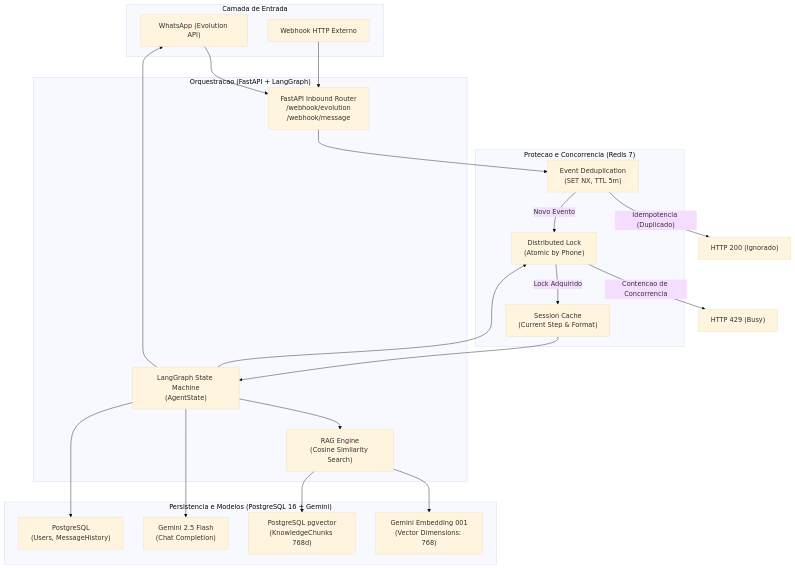
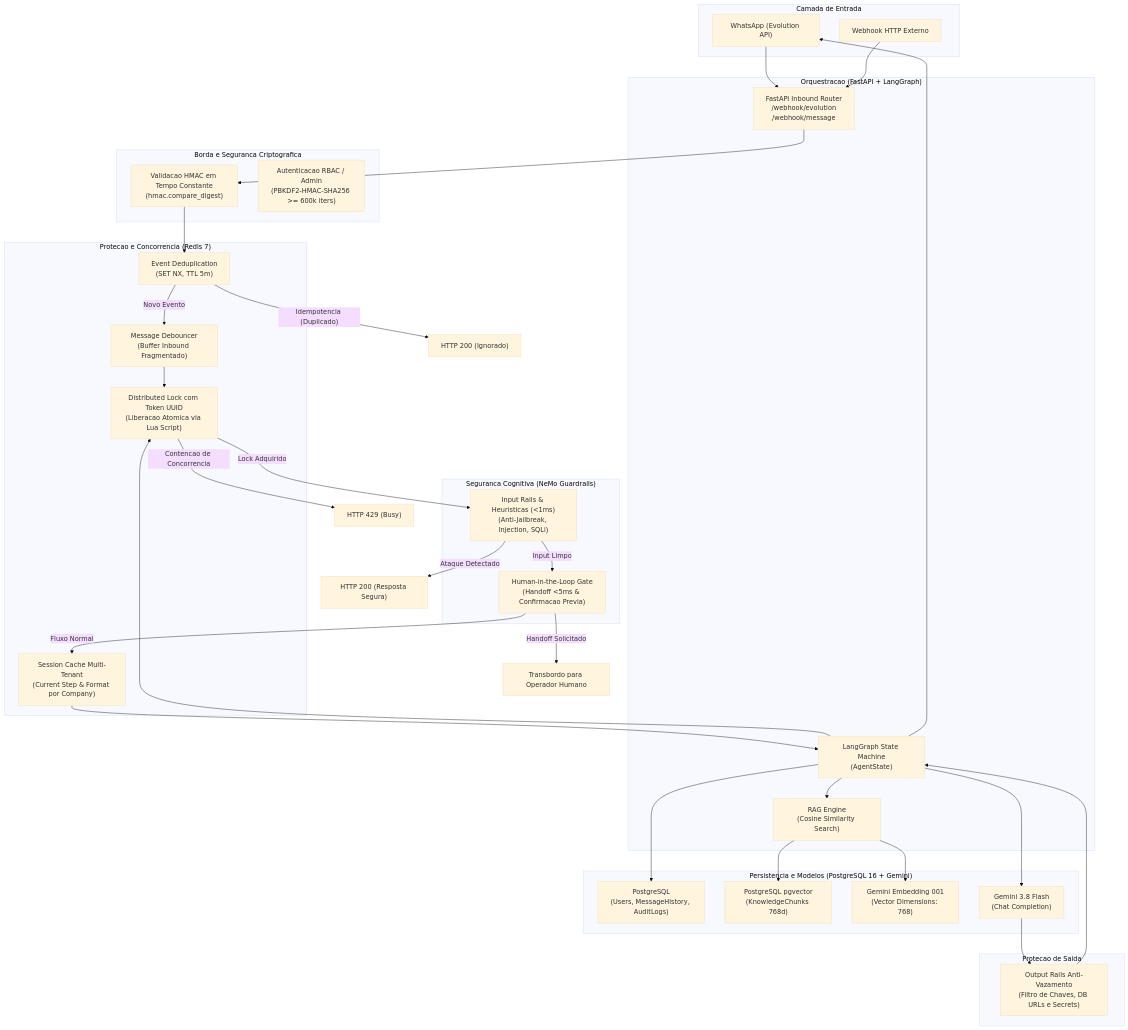
Before and after one commit to augdev1/langchain-copy_chat: the first of 2 diagrams in README.md, drawn with Mermaid (base theme). The commit also changed other lines of this file and 27 other files, not shown here.

Commit message:
feat: implementar arquitetura de seguranca defensiva, guardrails, HITL e hardening de producao

````diff
--- a/README.md
+++ b/README.md
@@ -11,42 +11,65 @@
 ```mermaid
 flowchart TD
     subgraph Client ["Camada de Entrada"]
         WA["WhatsApp (Evolution API)"]
         HTTP["Webhook HTTP Externo"]
     end
 
+    subgraph SecurityEdge ["Borda e Seguranca Criptografica"]
+        HMAC_VERIFY["Validacao HMAC em Tempo Constante\n(hmac.compare_digest)"]
+        RBAC_ADMIN["Autenticacao RBAC / Admin\n(PBKDF2-HMAC-SHA256 >= 600k iters)"]
+    end
+
     subgraph Gateway ["Protecao e Concorrencia (Redis 7)"]
         DEDUP["Event Deduplication\n(SET NX, TTL 5m)"]
-        LOCK["Distributed Lock\n(Atomic by Phone)"]
-        CACHE["Session Cache\n(Current Step & Format)"]
+        DEBOUNCE["Message Debouncer\n(Buffer Inbound Fragmentado)"]
+        LOCK["Distributed Lock com Token UUID\n(Liberacao Atomica via Lua Script)"]
+        CACHE["Session Cache Multi-Tenant\n(Current Step & Format por Company)"]
+    end
+
+    subgraph CognitiveSecurity ["Seguranca Cognitiva (NeMo Guardrails)"]
+        INPUT_RAILS["Input Rails & Heuristicas (<1ms)\n(Anti-Jailbreak, Injection, SQLi)"]
+        HITL_GATE["Human-in-the-Loop Gate\n(Handoff <5ms & Confirmacao Previa)"]
     end
 
     subgraph Core ["Orquestracao (FastAPI + LangGraph)"]
         API["FastAPI Inbound Router\n/webhook/evolution\n/webhook/message"]
         GRAPH["LangGraph State Machine\n(AgentState)"]
         RAG["RAG Engine\n(Cosine Similarity Search)"]
     end
 
+    subgraph OutputSecurity ["Protecao de Saida"]
+        OUTPUT_RAILS["Output Rails Anti-Vazamento\n(Filtro de Chaves, DB URLs e Secrets)"]
+    end
+
     subgraph Storage ["Persistencia e Modelos (PostgreSQL 16 + Gemini)"]
-        PG_DB["PostgreSQL\n(Users, MessageHistory)"]
+        PG_DB["PostgreSQL\n(Users, MessageHistory, AuditLogs)"]
         PG_VEC["PostgreSQL pgvector\n(KnowledgeChunks 768d)"]
         GEMINI_EMBED["Gemini Embedding 001\n(Vector Dimensions: 768)"]
-        GEMINI_LLM["Gemini 2.5 Flash\n(Chat Completion)"]
+        GEMINI_LLM["Gemini 3.8 Flash\n(Chat Completion)"]
     end
 
     WA --> API
     HTTP --> API
-    API --> DEDUP
+    API --> HMAC_VERIFY
+    HMAC_VERIFY --> DEDUP
     DEDUP -- "Idempotencia (Duplicado)" --> RET_DUP["HTTP 200 (Ignorado)"]
-    DEDUP -- "Novo Evento" --> LOCK
+    DEDUP -- "Novo Evento" --> DEBOUNCE
+    DEBOUNCE --> LOCK
     LOCK -- "Contencao de Concorrencia" --> RET_BUSY["HTTP 429 (Busy)"]
-    LOCK -- "Lock Adquirido" --> CACHE
+    LOCK -- "Lock Adquirido" --> INPUT_RAILS
+    INPUT_RAILS -- "Ataque Detectado" --> RET_BLOCK["HTTP 200 (Resposta Segura)"]
+    INPUT_RAILS -- "Input Limpo" --> HITL_GATE
+    HITL_GATE -- "Handoff Solicitado" --> RET_HANDOFF["Transbordo para Operador Humano"]
+    HITL_GATE -- "Fluxo Normal" --> CACHE
     CACHE --> GRAPH
     GRAPH --> RAG
     RAG --> GEMINI_EMBED
     RAG --> PG_VEC
     GRAPH --> GEMINI_LLM
+    GEMINI_LLM --> OUTPUT_RAILS
+    OUTPUT_RAILS --> GRAPH
     GRAPH --> PG_DB
     GRAPH --> LOCK
     GRAPH --> WA
 ```
````
